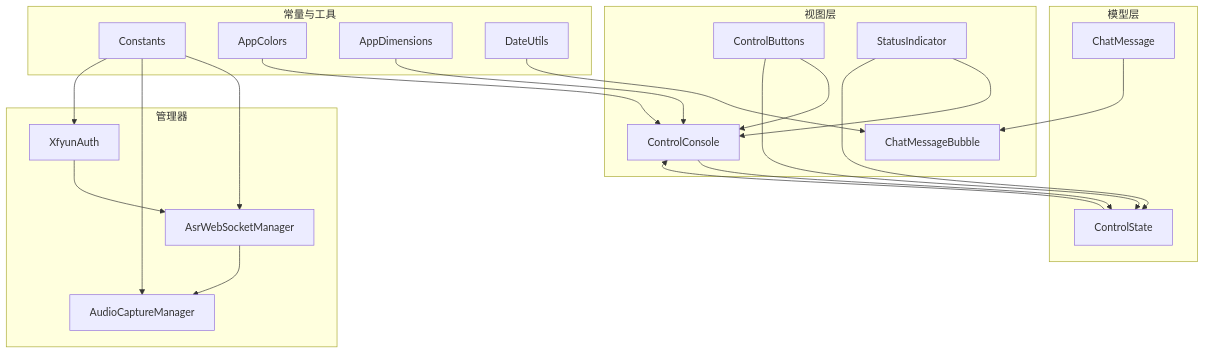
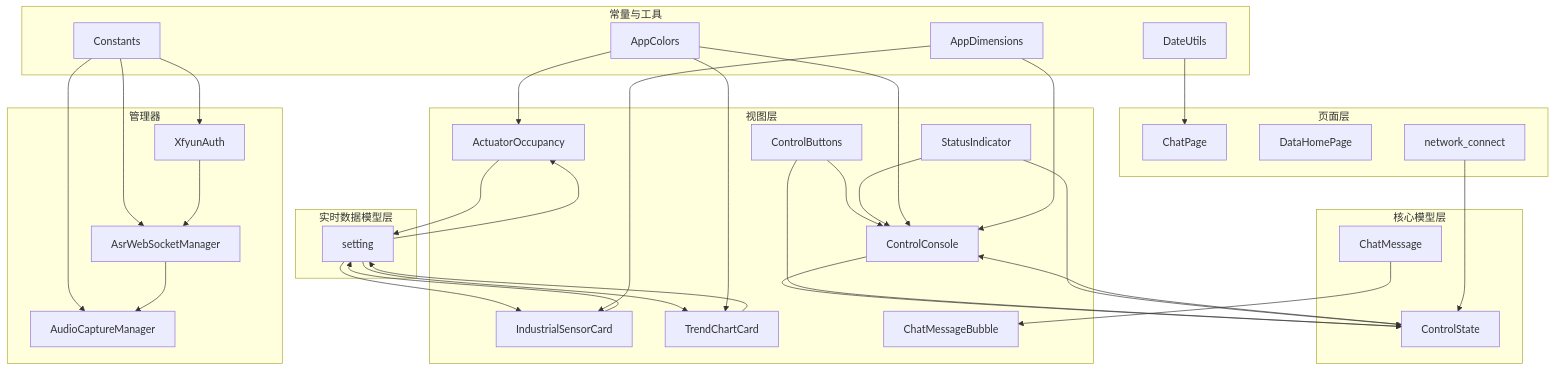
One commit to Neonrey-hub/SmartController changed the third of 13 diagrams in .qoder/repowiki/zh/content/数据模型设计.md. Above: the diagram before and after it, drawn with Mermaid. The commit also changed other lines of this file and 16 other files, not shown here.

````diff
--- a/.qoder/repowiki/zh/content/数据模型设计.md
+++ b/.qoder/repowiki/zh/content/数据模型设计.md
@@ -160,39 +282,60 @@
 ```mermaid
 graph TB
 subgraph "视图层"
 CC["ControlConsole"]
 CB["ControlButtons"]
 SI["StatusIndicator"]
+AO["ActuatorOccupancy"]
+ISC["IndustrialSensorCard"]
+TC["TrendChartCard"]
 CMB["ChatMessageBubble"]
 end
-subgraph "模型层"
+subgraph "核心模型层"
 CS["ControlState"]
 CM["ChatMessage"]
+end
+subgraph "实时数据模型层"
+GD["setting"]
 end
 subgraph "常量与工具"
 CT["Constants"]
 AC["AppColors"]
 AD["AppDimensions"]
 DU["DateUtils"]
 end
 subgraph "管理器"
 ASRW["AsrWebSocketManager"]
 ACM["AudioCaptureManager"]
 XA["XfyunAuth"]
 end
+subgraph "页面层"
+CP["ChatPage"]
+DH["DataHomePage"]
+NC["network_connect"]
+end
 CS --> CC
 CB --> CC
 SI --> CC
 CM --> CMB
+GD --> AO
+GD --> ISC
+GD --> TC
 CC --> CS
 CB --> CS
 SI --> CS
+AO --> GD
+ISC --> GD
+TC --> GD
 AC --> CC
 AD --> CC
+AC --> AO
+AD --> ISC
+AC --> TC
 CT --> ASRW
 CT --> ACM
 CT --> XA
 ASRW --> ACM
 XA --> ASRW
-DU --> CMB
+DU --> CP
+NC --> CS
 ```
````
